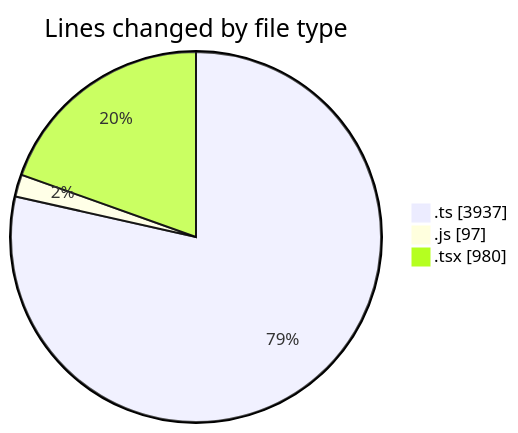
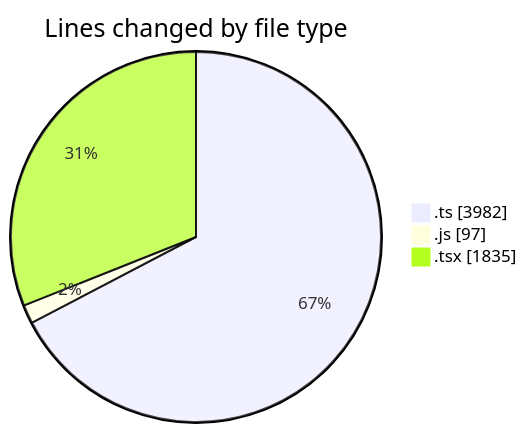
Before and after one commit to momahboobian/code-tracking: the first of 2 diagrams in 2026-09-14/cda/README.md, drawn with Mermaid. The commit also changed other lines of this file and 1 other file, not shown here.

````diff
--- a/2026-09-14/cda/README.md
+++ b/2026-09-14/cda/README.md
@@ -36,7 +43,7 @@
 ```mermaid
 pie showData
 title Lines changed by file type
-".ts" : 3937
+".ts" : 3982
 ".js" : 97
-".tsx" : 980
+".tsx" : 1835
 ```
````
